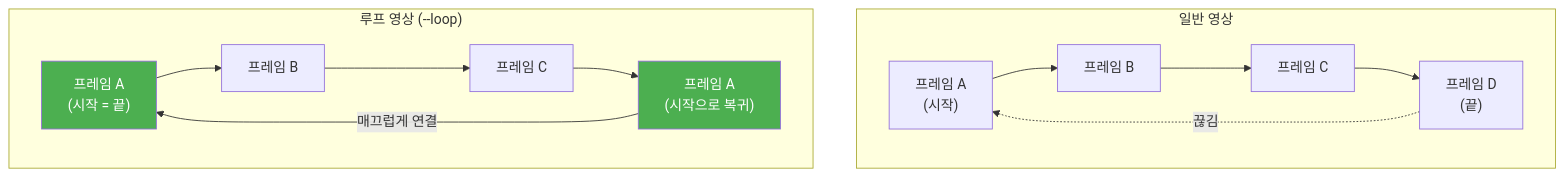
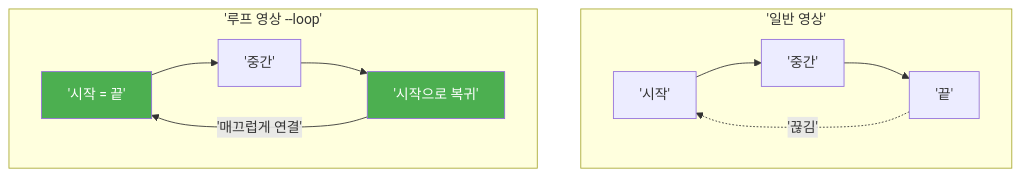
The third of 3 diagrams in 10-ch10-midjourney-영상-생성/04-04-영상-확장과-반복-생성.md (jsonpassion/forge-tutorial-promptcanvas), drawn with Mermaid before and after one commit. The commit also changed other lines of this file and 63 other files, not shown here.

````diff
--- a/10-ch10-midjourney-영상-생성/04-04-영상-확장과-반복-생성.md
+++ b/10-ch10-midjourney-영상-생성/04-04-영상-확장과-반복-생성.md
@@ -134,15 +104,15 @@
 ```mermaid
 flowchart TD
-    subgraph 일반["일반 영상"]
-        A1["프레임 A<br/>(시작)"] --> A2["프레임 B"] --> A3["프레임 C"] --> A4["프레임 D<br/>(끝)"]
-        A4 -.->|"끊김"| A1
+    subgraph normal['일반 영상']
+        A1['시작'] --> A2['중간'] --> A3['끝']
+        A3 -.->|'끊김'| A1
     end
 
-    subgraph 루프["루프 영상 (--loop)"]
-        B1["프레임 A<br/>(시작 = 끝)"] --> B2["프레임 B"] --> B3["프레임 C"] --> B4["프레임 A<br/>(시작으로 복귀)"]
-        B4 -->|"매끄럽게 연결"| B1
+    subgraph loop['루프 영상 --loop']
+        B1['시작 = 끝'] --> B2['중간'] --> B3['시작으로 복귀']
+        B3 -->|'매끄럽게 연결'| B1
     end
 
     style B1 fill:#4CAF50,color:#fff
-    style B4 fill:#4CAF50,color:#fff
+    style B3 fill:#4CAF50,color:#fff
 ```
````
